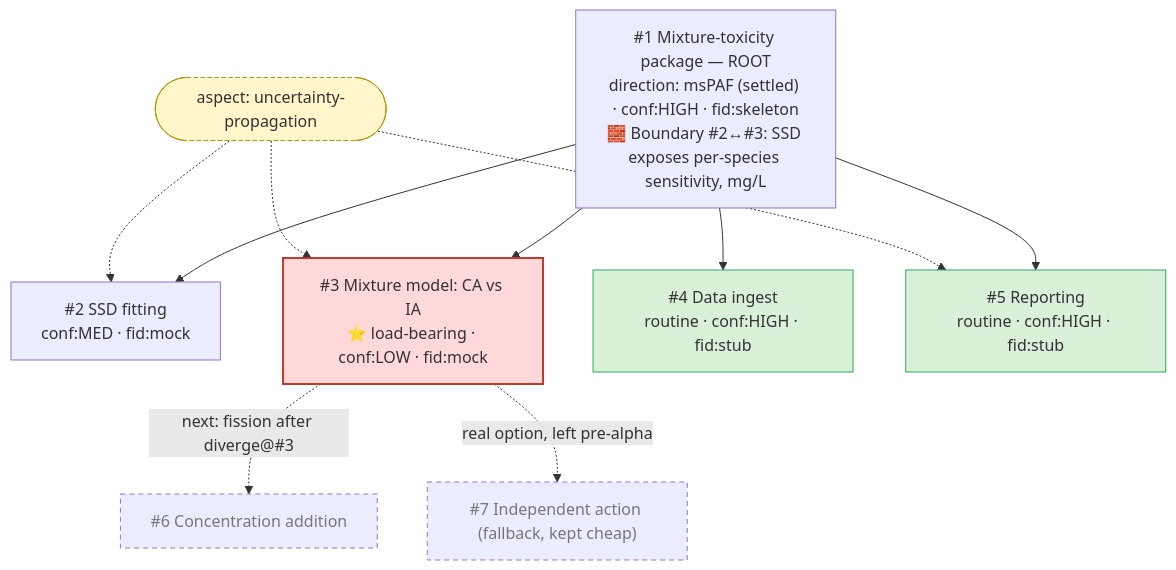
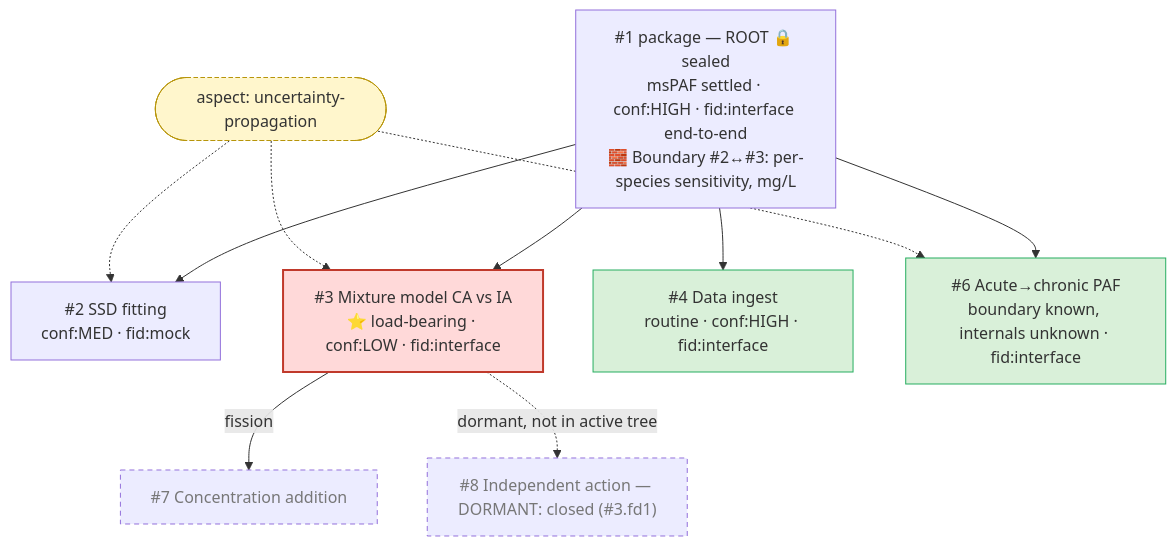
The fourth of 4 diagrams in workflow-redesign.md (vorpalvorpal/skills), drawn with Mermaid before and after one commit. The commit also changed other lines of this file and 15 other files, not shown here.

````diff
--- a/workflow-redesign.md
+++ b/workflow-redesign.md
@@ -255,23 +348,23 @@
 ```mermaid
 flowchart TD
     classDef central fill:#ffd9d9,stroke:#c0392b,stroke-width:2px
     classDef routine fill:#d9f0d9,stroke:#27ae60
     classDef aspect fill:#fff6cc,stroke:#b7950b,stroke-dasharray:4 3
     classDef future stroke-dasharray:5 4,color:#777
 
-    N1["#1 Mixture-toxicity package — ROOT<br/>direction: msPAF (settled) · conf:HIGH · fid:skeleton<br/>🧱 Boundary #2↔#3: SSD exposes per-species sensitivity, mg/L"]
+    N1["#1 package — ROOT 🔒 sealed<br/>msPAF settled · conf:HIGH · fid:interface end-to-end<br/>🧱 Boundary #2↔#3: per-species sensitivity, mg/L"]
     N2["#2 SSD fitting<br/>conf:MED · fid:mock"]
-    N3["#3 Mixture model: CA vs IA<br/>⭐ load-bearing · conf:LOW · fid:mock"]:::central
-    N4["#4 Data ingest<br/>routine · conf:HIGH · fid:stub"]:::routine
-    N5["#5 Reporting<br/>routine · conf:HIGH · fid:stub"]:::routine
-    N6["#6 Concentration addition"]:::future
-    N7["#7 Independent action (fallback, kept cheap)"]:::future
+    N3["#3 Mixture model CA vs IA<br/>⭐ load-bearing · conf:LOW · fid:interface"]:::central
+    N4["#4 Data ingest<br/>routine · conf:HIGH · fid:interface"]:::routine
+    N6["#6 Acute→chronic PAF<br/>boundary known, internals unknown · fid:interface"]:::routine
+    N7["#7 Concentration addition"]:::future
+    N8["#8 Independent action — DORMANT: closed (#3.fd1)"]:::future
     ASP(["aspect: uncertainty-propagation"]):::aspect
 
-    N1 --> N2 & N3 & N4 & N5
-    N3 -. "next: fission after diverge@#3" .-> N6
-    N3 -. "real option, left pre-alpha" .-> N7
+    N1 --> N2 & N3 & N4 & N6
+    N3 -- "fission" --> N7
+    N3 -. "dormant, not in active tree" .-> N8
     ASP -.-> N2
     ASP -.-> N3
-    ASP -.-> N5
+    ASP -.-> N6
 ```
````
